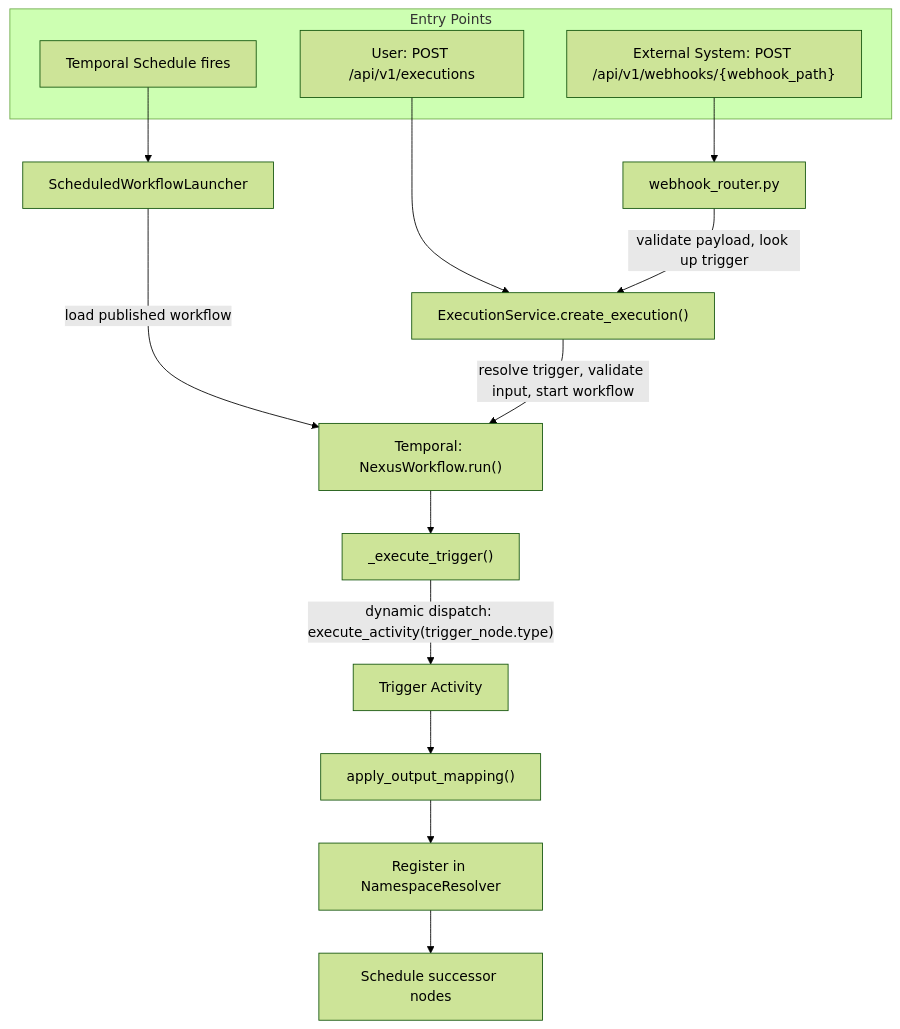
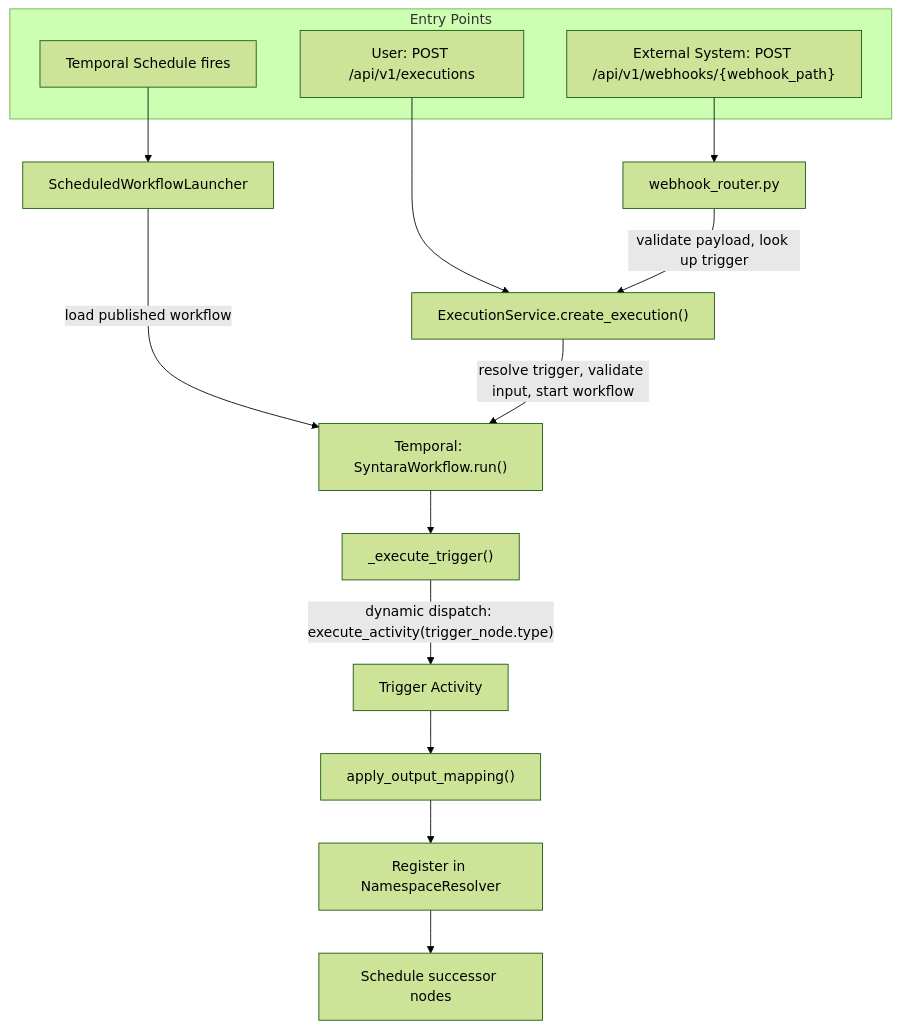
The diagram in backend/docs/workflow-engine/triggers/overview.md (syntara-orchestration/syntara), drawn with Mermaid (forest theme) before and after one commit. The commit also changed 98 other files, not shown here.

First line of the commit message:
refactor: rename nexus code symbols to syntara across codebase

````diff
--- a/backend/docs/workflow-engine/triggers/overview.md
+++ b/backend/docs/workflow-engine/triggers/overview.md
@@ -15,22 +15,22 @@
 ```mermaid
 flowchart TD
     subgraph Entry Points
         A["User: POST /api/v1/executions"]
         B["External System: POST /api/v1/webhooks/{webhook_path}"]
         C["Temporal Schedule fires"]
     end
 
     A --> D["ExecutionService.create_execution()"]
     B --> R["webhook_router.py"]
     R -->|"validate payload, look up trigger"| D
 
     C --> L["ScheduledWorkflowLauncher"]
     L -->|"load published workflow"| T
 
-    D -->|"resolve trigger, validate input, start workflow"| T["Temporal: NexusWorkflow.run()"]
+    D -->|"resolve trigger, validate input, start workflow"| T["Temporal: SyntaraWorkflow.run()"]
     T --> E["_execute_trigger()"]
     E -->|"dynamic dispatch: execute_activity(trigger_node.type)"| ACT["Trigger Activity"]
     ACT --> O["apply_output_mapping()"]
     O --> NS["Register in NamespaceResolver"]
     NS --> NEXT["Schedule successor nodes"]
 ```
````
